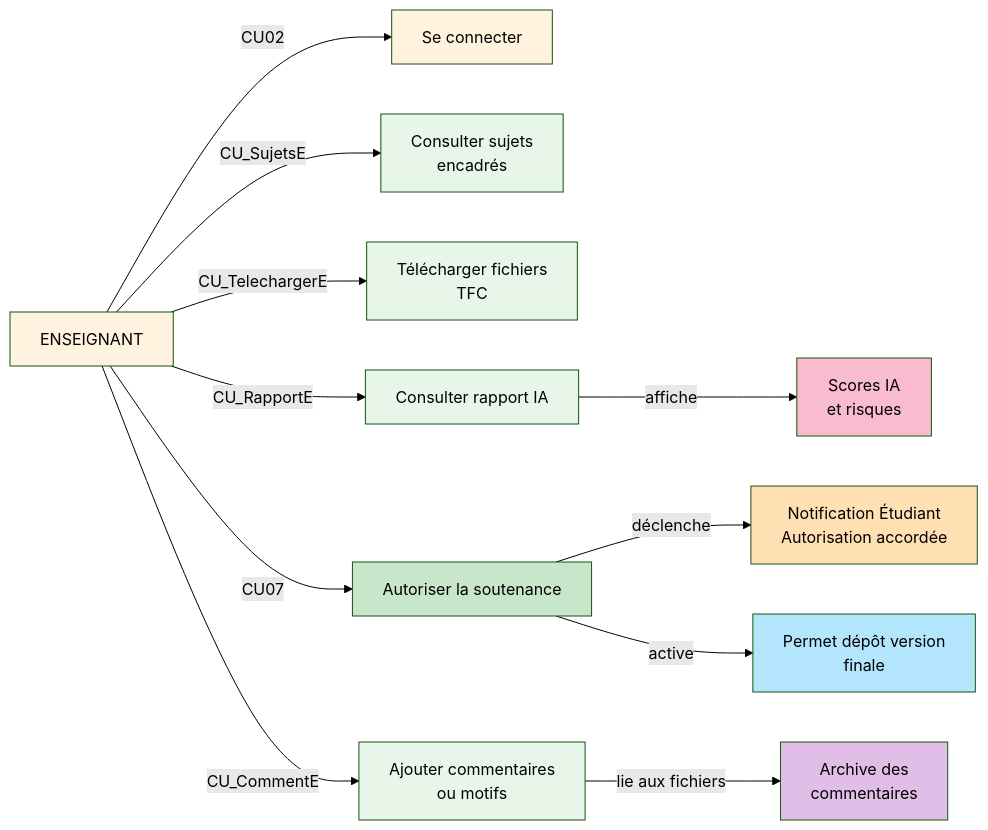
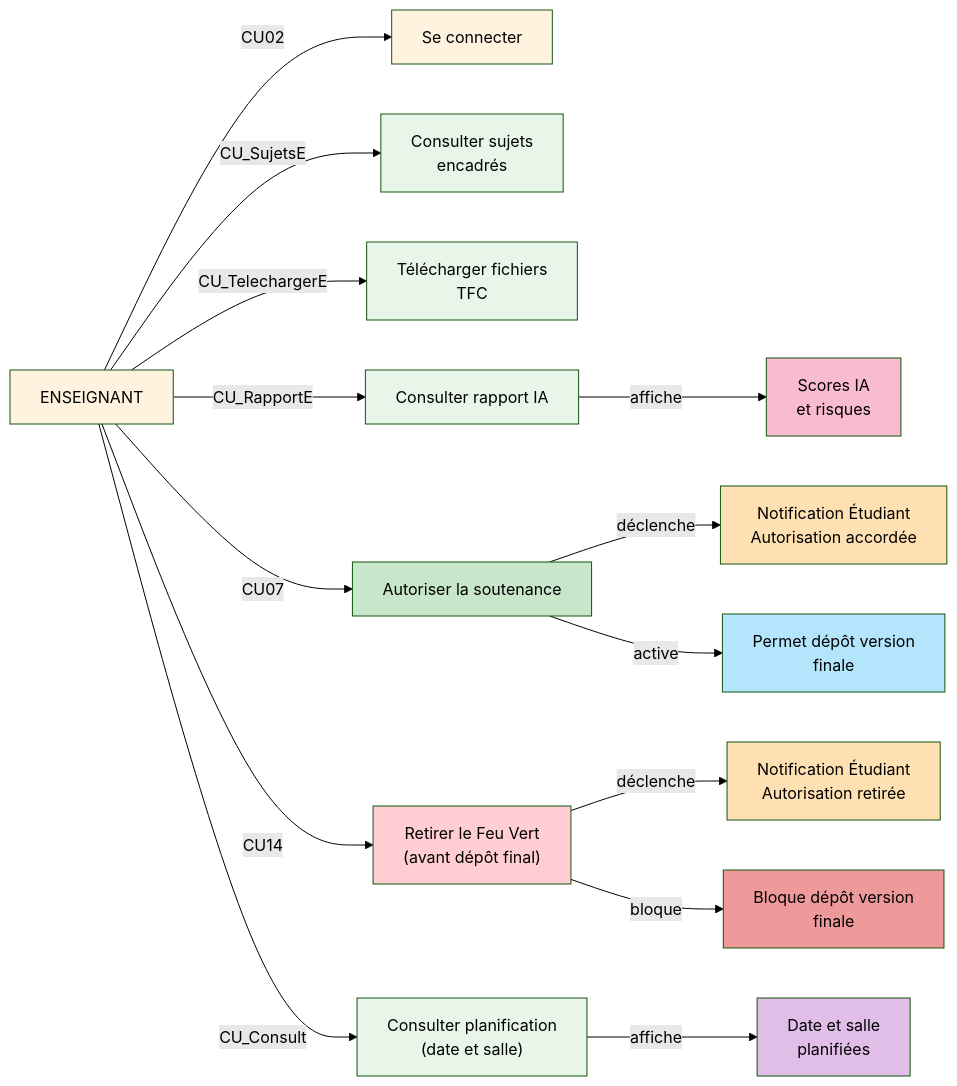
Before and after one commit to DavidMwangaza/TFC-Manager: the fifth of 14 diagrams in DIAGRAMMES-DESCRIPTIONS.md, drawn with Mermaid (forest theme). The commit also changed other lines of this file and 34 other files, not shown here.

````diff
--- a/DIAGRAMMES-DESCRIPTIONS.md
+++ b/DIAGRAMMES-DESCRIPTIONS.md
@@ -260,28 +268,34 @@
 ```mermaid
 graph LR
     Actor["ENSEIGNANT"]
     
     Actor -->|CU02| Connexion["Se connecter"]
     Actor -->|CU_SujetsE| Sujets["Consulter sujets<br/>encadrés"]
     Actor -->|CU_TelechargerE| Telecharger["Télécharger fichiers<br/>TFC"]
     Actor -->|CU_RapportE| RapportIA["Consulter rapport IA"]
     Actor -->|CU07| Autoriser["Autoriser la soutenance"]
-    Actor -->|CU_CommentE| Commenter["Ajouter commentaires<br/>ou motifs"]
+    Actor -->|CU14| Retirer["Retirer le Feu Vert<br/>(avant dépôt final)"]
+    Actor -->|CU_Consult| VoirPlanif["Consulter planification\n(date et salle)"]
     
     Autoriser -->|déclenche| NotifFeuVert["Notification Étudiant<br/>Autorisation accordée"]
     Autoriser -->|active| FinalVersion["Permet dépôt version<br/>finale"]
+    Retirer -->|déclenche| NotifRetrait["Notification Étudiant<br/>Autorisation retirée"]
+    Retirer -->|bloque| FinalBloque["Bloque dépôt version<br/>finale"]
     RapportIA -->|affiche| Scores["Scores IA<br/>et risques"]
-    Commenter -->|lie aux fichiers| Archive["Archive des<br/>commentaires"]
+    VoirPlanif -->|affiche| Planif["Date et salle\nplanifiées"]
     
     style Actor fill:#fff3e0
     style Connexion fill:#fff3e0
     style Sujets fill:#e8f5e9
     style Telecharger fill:#e8f5e9
     style RapportIA fill:#e8f5e9
     style Autoriser fill:#c8e6c9
-    style Commenter fill:#e8f5e9
+    style Retirer fill:#ffcdd2
+    style VoirPlanif fill:#e8f5e9
     style NotifFeuVert fill:#ffe0b2
+    style NotifRetrait fill:#ffe0b2
     style FinalVersion fill:#b3e5fc
+    style FinalBloque fill:#ef9a9a
     style Scores fill:#f8bbd0
-    style Archive fill:#e1bee7
+    style Planif fill:#e1bee7
 ```
````
